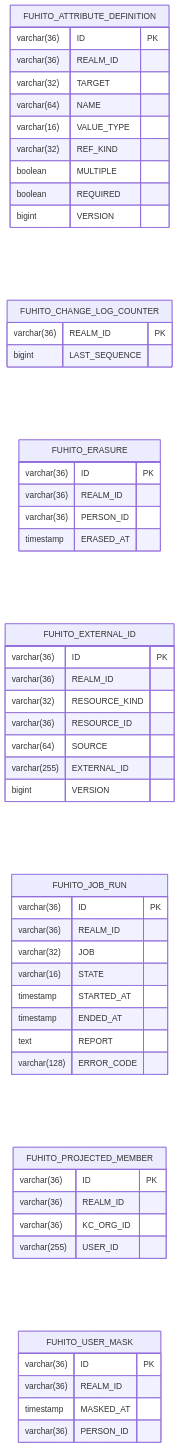
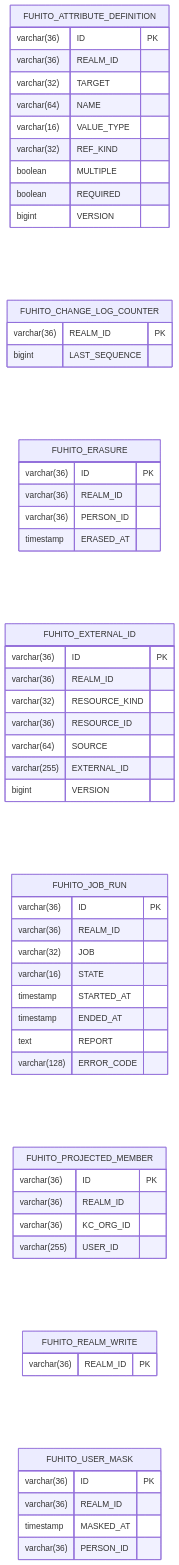
One commit to exoego/keycloak-fuhito changed the second of 2 diagrams in docs/schema.md. Above: the diagram before and after it, drawn with Mermaid. The commit also changed 19 other files, not shown here.

First line of the commit message:
Keep a bulk write apart from the other writes of its realm with one lock (#646)

````diff
--- a/docs/schema.md
+++ b/docs/schema.md
@@ -276,56 +276,59 @@
 ```mermaid
 erDiagram
     direction LR
     FUHITO_ATTRIBUTE_DEFINITION {
         varchar(36) ID PK
         varchar(36) REALM_ID
         varchar(32) TARGET
         varchar(64) NAME
         varchar(16) VALUE_TYPE
         varchar(32) REF_KIND
         boolean MULTIPLE
         boolean REQUIRED
         bigint VERSION
     }
     FUHITO_CHANGE_LOG_COUNTER {
         varchar(36) REALM_ID PK
         bigint LAST_SEQUENCE
     }
     FUHITO_ERASURE {
         varchar(36) ID PK
         varchar(36) REALM_ID
         varchar(36) PERSON_ID
         timestamp ERASED_AT
     }
     FUHITO_EXTERNAL_ID {
         varchar(36) ID PK
         varchar(36) REALM_ID
         varchar(32) RESOURCE_KIND
         varchar(36) RESOURCE_ID
         varchar(64) SOURCE
         varchar(255) EXTERNAL_ID
         bigint VERSION
     }
     FUHITO_JOB_RUN {
         varchar(36) ID PK
         varchar(36) REALM_ID
         varchar(32) JOB
         varchar(16) STATE
         timestamp STARTED_AT
         timestamp ENDED_AT
         text REPORT
         varchar(128) ERROR_CODE
     }
     FUHITO_PROJECTED_MEMBER {
         varchar(36) ID PK
         varchar(36) REALM_ID
         varchar(36) KC_ORG_ID
         varchar(255) USER_ID
     }
+    FUHITO_REALM_WRITE {
+        varchar(36) REALM_ID PK
+    }
     FUHITO_USER_MASK {
         varchar(36) ID PK
         varchar(36) REALM_ID
         timestamp MASKED_AT
         varchar(36) PERSON_ID
     }
 ```
````
